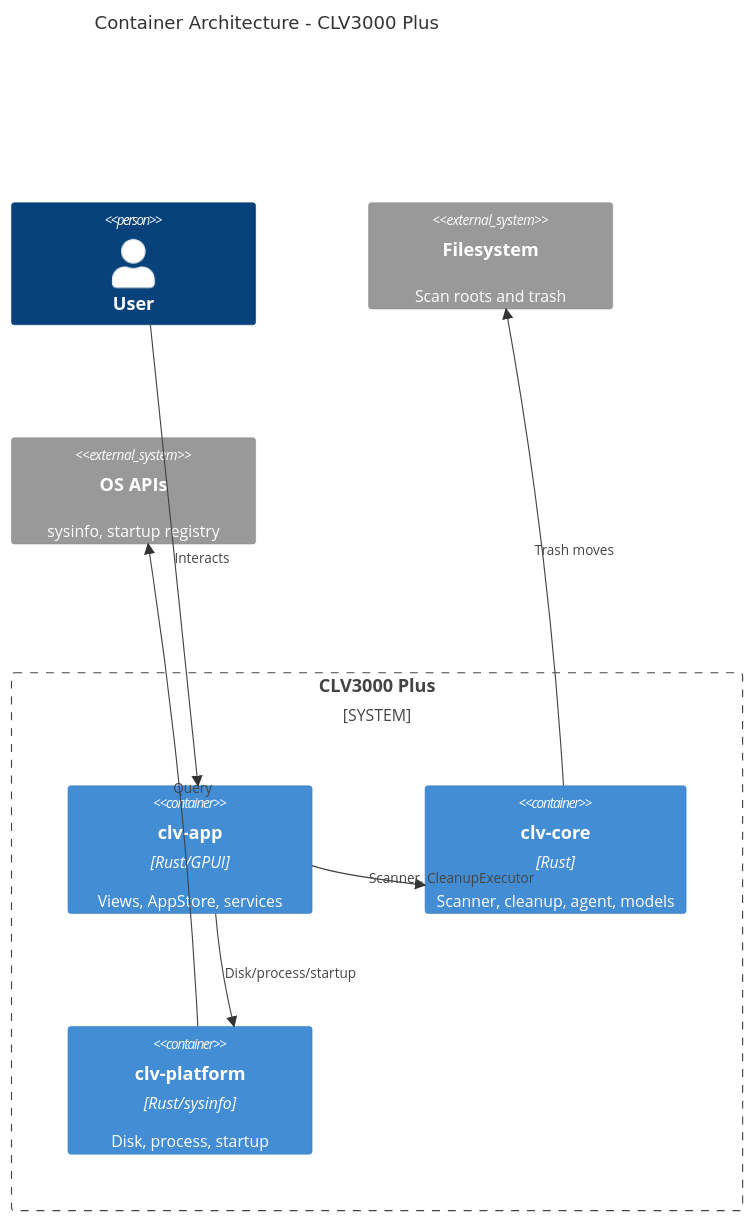
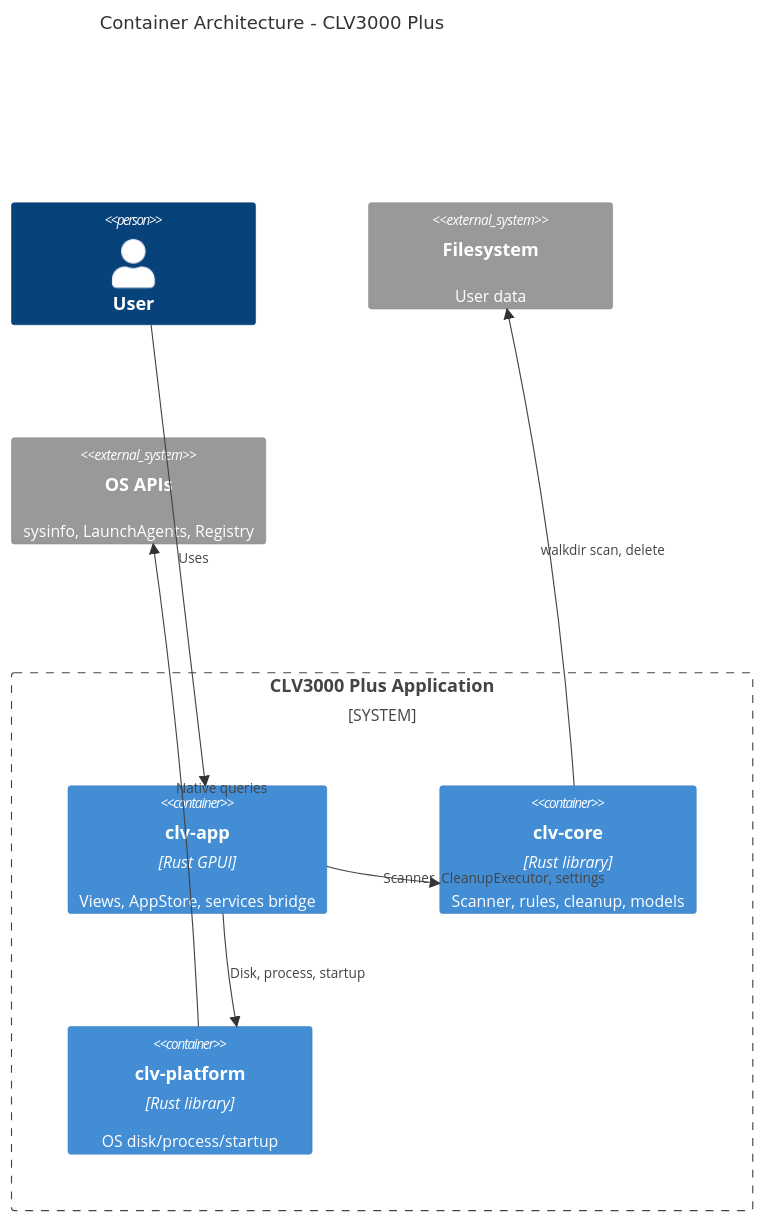
Before and after one commit to sopaco/CLV3000-Plus: the second of 6 diagrams in .terrain/human/2.Architecture.md, drawn with Mermaid. The commit also changed other lines of this file and 14 other files, not shown here.

````diff
--- a/.terrain/human/2.Architecture.md
+++ b/.terrain/human/2.Architecture.md
@@ -77,22 +73,21 @@
 ```mermaid
 C4Container
     title Container Architecture - CLV3000 Plus
 
     Person(user, "User")
 
-    System_Boundary(app, "CLV3000 Plus") {
-        Container(gui, "clv-app", "Rust/GPUI", "Views, AppStore, services")
-        Container(core, "clv-core", "Rust", "Scanner, cleanup, agent, models")
-        Container(platform, "clv-platform", "Rust/sysinfo", "Disk, process, startup")
+    System_Boundary(clvapp, "CLV3000 Plus Application") {
+        Container(ui, "clv-app", "Rust GPUI", "Views, AppStore, services bridge")
+        Container(core, "clv-core", "Rust library", "Scanner, rules, cleanup, models")
+        Container(platform, "clv-platform", "Rust library", "OS disk/process/startup")
     }
 
-    System_Ext(fs, "Filesystem", "Scan roots and trash")
-    System_Ext(osapi, "OS APIs", "sysinfo, startup registry")
+    System_Ext(fs, "Filesystem", "User data")
+    System_Ext(osapi, "OS APIs", "sysinfo, LaunchAgents, Registry")
 
-    Rel(user, gui, "Interacts")
-    Rel(gui, core, "Scanner, CleanupExecutor")
-    Rel(gui, platform, "Disk/process/startup")
-    Rel(core, fs, "walkdir read/delete")
-    Rel(platform, osapi, "Query")
-    Rel(core, fs, "Trash moves")
+    Rel(user, ui, "Uses")
+    Rel(ui, core, "Scanner, CleanupExecutor, settings")
+    Rel(ui, platform, "Disk, process, startup")
+    Rel(core, fs, "walkdir scan, delete")
+    Rel(platform, osapi, "Native queries")
 ```
````
